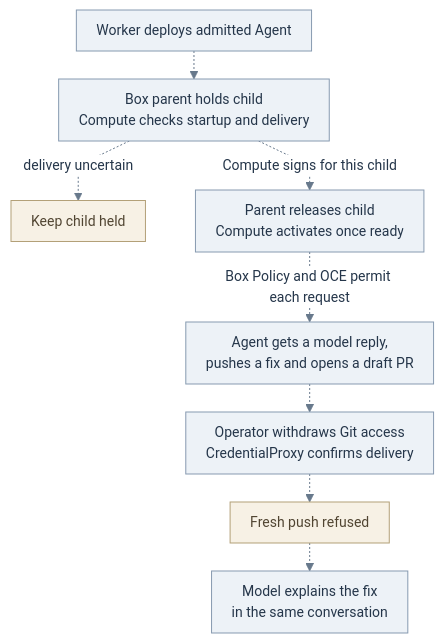
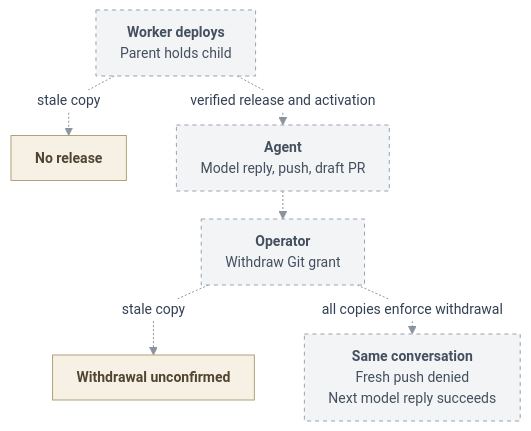
Before and after one commit to openclaw/openclaw-enterprise: the diagram in specs/rfcs/20261118-strands-box/index.md, drawn with Mermaid. The commit also changed other lines of this file, not shown here.

Commit message:
Clarify Strands Box credential authority and protected execution

````diff
--- a/specs/rfcs/20261118-strands-box/index.md
+++ b/specs/rfcs/20261118-strands-box/index.md
@@ -74,28 +81,26 @@
 ```mermaid
 ---
 config:
   theme: base
+  htmlLabels: true
   themeVariables:
     fontSize: 14px
-    primaryColor: "#EDF2F7"
-    primaryBorderColor: "#879AB0"
-    primaryTextColor: "#25364A"
-    lineColor: "#68798C"
+    primaryTextColor: "#344054"
+    lineColor: "#8B949E"
     edgeLabelBackground: "#FFFFFF"
   flowchart:
     curve: linear
-    padding: 10
     rankSpacing: 28
-    wrappingWidth: 270
+    padding: 12
 ---
 flowchart TB
-  Admit["Worker deploys admitted Agent"] -.-> Hold["Box parent holds child<br/>Compute checks startup and delivery"]
-  Hold -.->|delivery uncertain| Wait["Keep child held"]
-  Hold -.->|Compute signs for this child| Release["Parent releases child<br/>Compute activates once ready"]
-  Release -.->|Box Policy and OCE permit each request| Work["Agent gets a model reply,<br/>pushes a fix and opens a draft PR"]
-  Work -.-> Withdraw["Operator withdraws Git access<br/>CredentialProxy confirms delivery"]
-  Withdraw -.-> Deny["Fresh push refused"]
-  Deny -.-> Reply["Model explains the fix<br/>in the same conversation"]
-  classDef blocked fill:#F7F1E5,stroke:#B3A078,color:#514532
-  class Wait,Deny blocked
+  Start["<b>Worker deploys</b><br/>Parent holds child"] -.->|stale copy| Held["<b>No release</b>"]
+  Start -.->|verified release and activation| Work["<b>Agent</b><br/>Model reply, push, draft PR"]
+  Work -.-> Remove["<b>Operator</b><br/>Withdraw Git grant"]
+  Remove -.->|stale copy| Unknown["<b>Withdrawal unconfirmed</b>"]
+  Remove -.->|all copies enforce withdrawal| Result["<b>Same conversation</b><br/>Fresh push denied<br/>Next model reply succeeds"]
+  classDef gate fill:#F7F1E5,stroke:#B3A078,color:#514532
+  classDef pending fill:#F3F4F6,stroke:#98A2AE,color:#44505F,stroke-dasharray:4 4
+  class Held,Unknown gate
+  class Start,Work,Remove,Result pending
 ```
````
